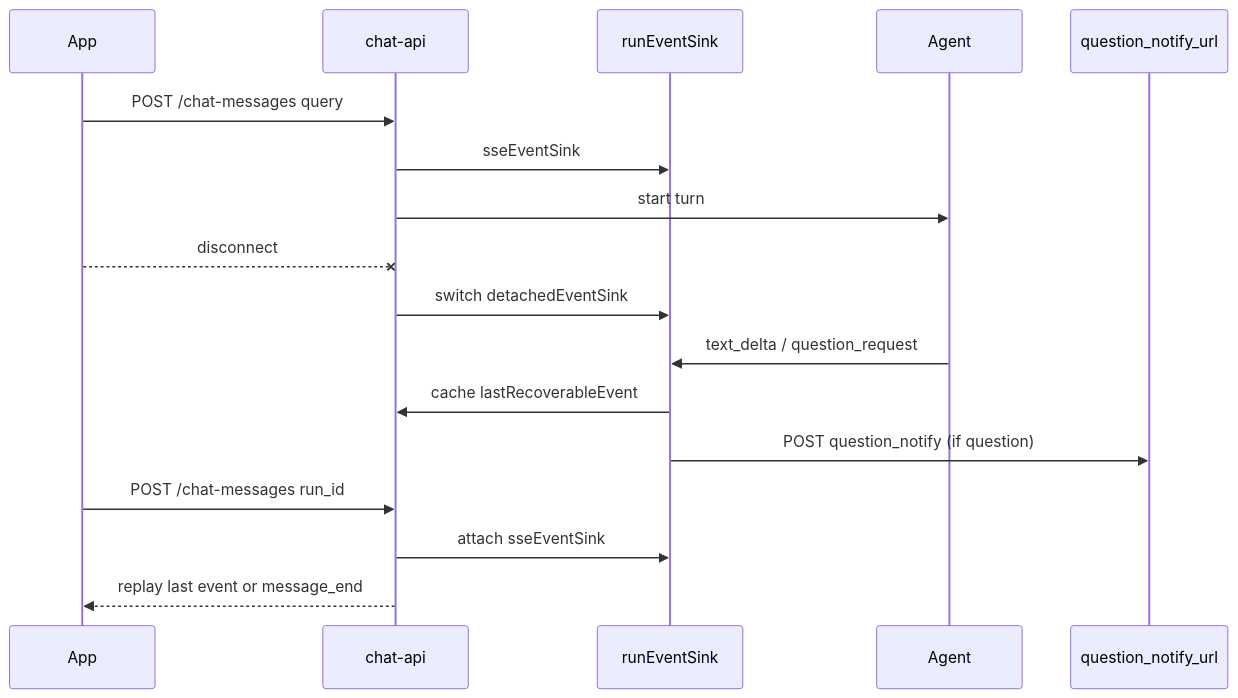
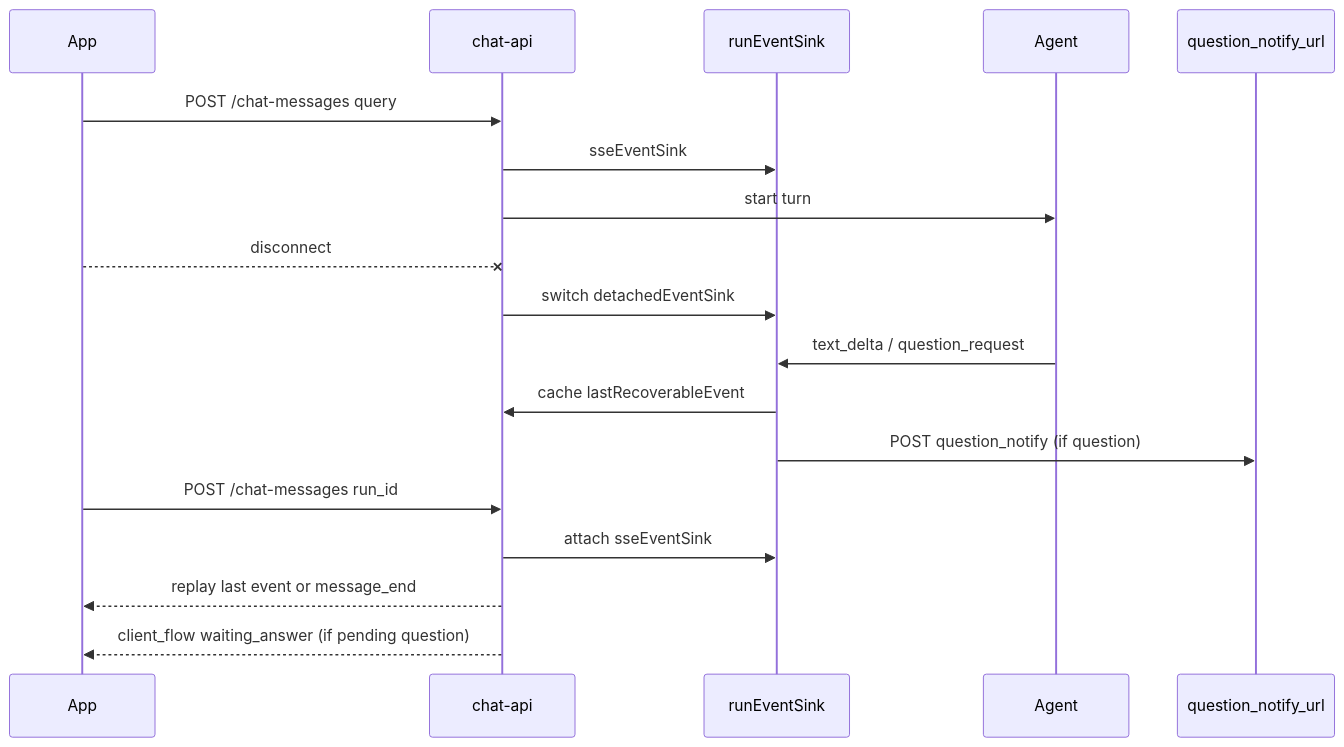
Before and after one commit to lengzhao/cc-connect: the diagram in docs/plans/2026-07-24-chat-api-disconnect-resume-design.md, drawn with Mermaid. The commit also changed other lines of this file and 6 other files, not shown here.

First line of the commit message:
feat(chat-api): emit waiting_answer client_flow on SSE resume

````diff
--- a/docs/plans/2026-07-24-chat-api-disconnect-resume-design.md
+++ b/docs/plans/2026-07-24-chat-api-disconnect-resume-design.md
@@ -38,20 +39,21 @@
 ```mermaid
 sequenceDiagram
   participant App
   participant ChatAPI as chat-api
   participant Sink as runEventSink
   participant Agent
   participant BFF as question_notify_url
 
   App->>ChatAPI: POST /chat-messages query
   ChatAPI->>Sink: sseEventSink
   ChatAPI->>Agent: start turn
   App--xChatAPI: disconnect
   ChatAPI->>Sink: switch detachedEventSink
   Agent->>Sink: text_delta / question_request
   Sink->>ChatAPI: cache lastRecoverableEvent
   Sink->>BFF: POST question_notify (if question)
   App->>ChatAPI: POST /chat-messages run_id
   ChatAPI->>Sink: attach sseEventSink
   ChatAPI-->>App: replay last event or message_end
+  ChatAPI-->>App: client_flow waiting_answer (if pending question)
 ```
````
